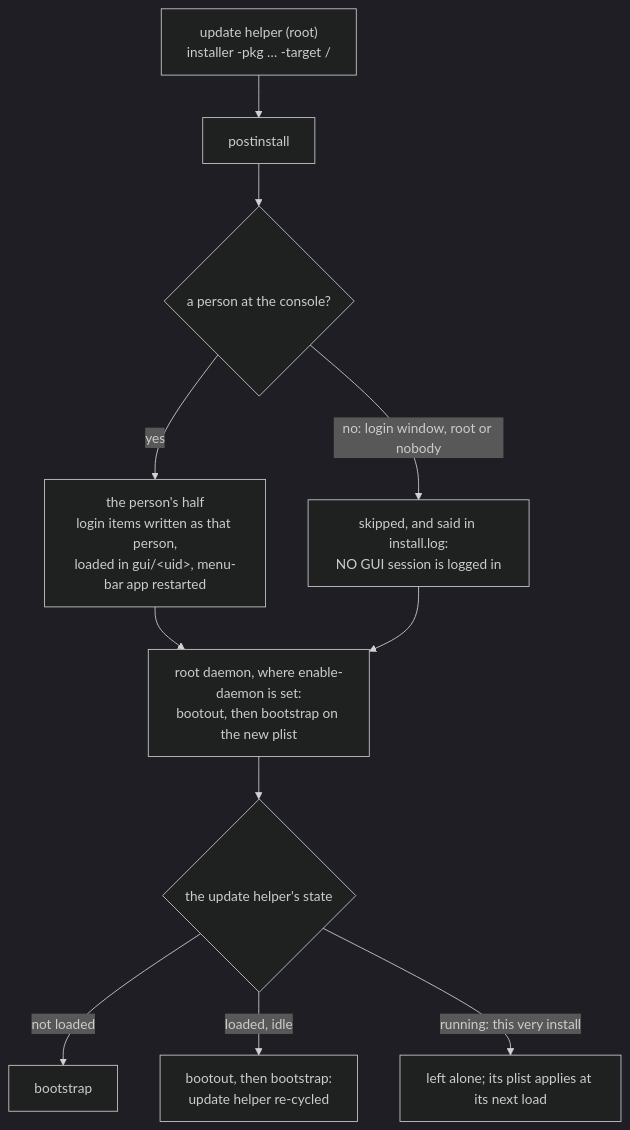
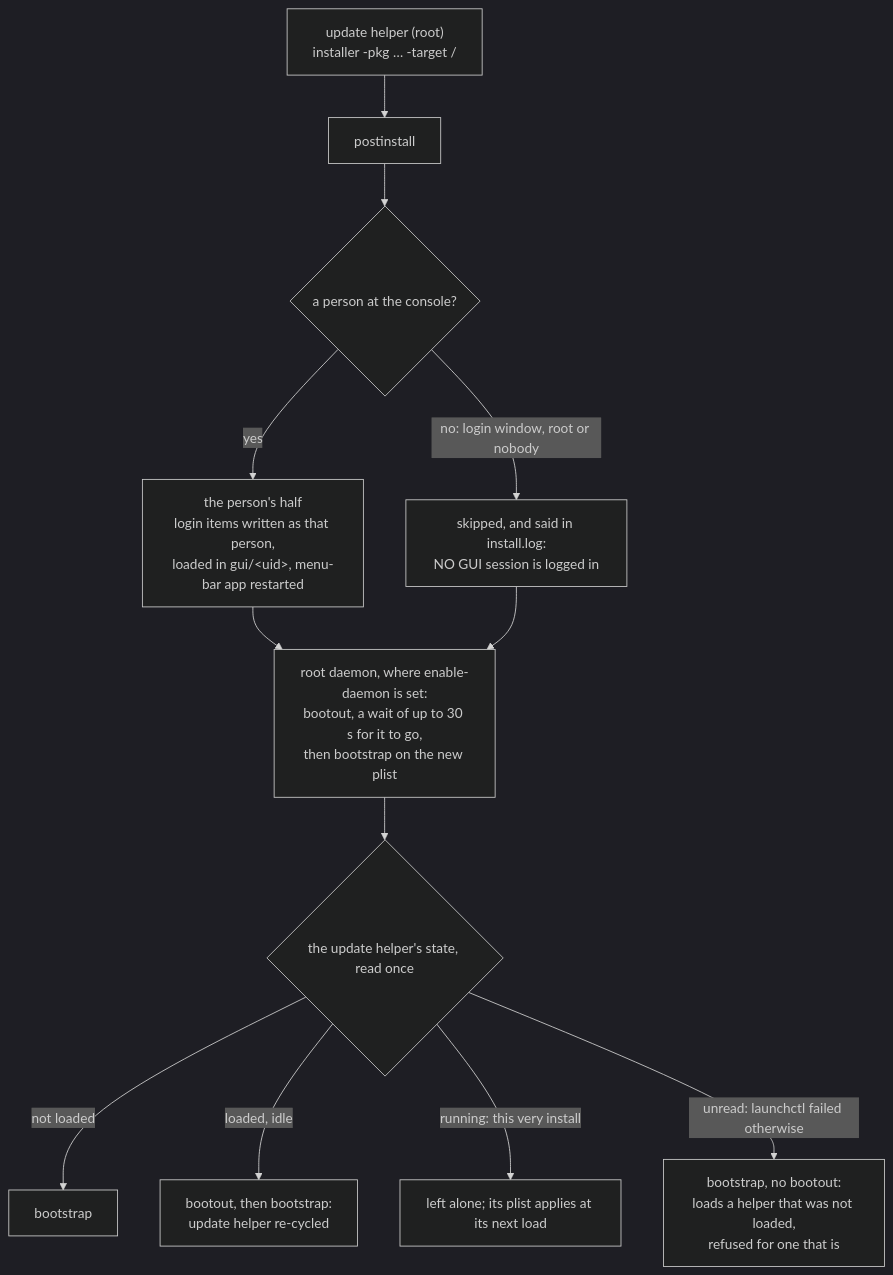
Before and after one commit to gjovanov/roomler-ai: diagram 21 of 22 in docs/installation.md, drawn with Mermaid (dark theme). The commit also changed other lines of this file and 12 other files, not shown here.

````diff
--- a/docs/installation.md
+++ b/docs/installation.md
@@ -2737,13 +2737,14 @@
 ```mermaid
 flowchart TD
     H["update helper (root)<br/>installer -pkg … -target /"] --> P["postinstall"]
     P --> C{"a person at the console?"}
     C -- yes --> S["the person's half<br/>login items written as that person,<br/>loaded in gui/&lt;uid&gt;, menu-bar app restarted"]
     C -- "no: login window, root or nobody" --> N["skipped, and said in install.log:<br/>NO GUI session is logged in"]
-    S --> D["root daemon, where enable-daemon is set:<br/>bootout, then bootstrap on the new plist"]
+    S --> D["root daemon, where enable-daemon is set:<br/>bootout, a wait of up to 30 s for it to go,<br/>then bootstrap on the new plist"]
     N --> D
-    D --> U{"the update helper's state"}
+    D --> U{"the update helper's state, read once"}
     U -- "not loaded" --> B["bootstrap"]
     U -- "loaded, idle" --> R["bootout, then bootstrap:<br/>update helper re-cycled"]
     U -- "running: this very install" --> L["left alone; its plist applies at its next load"]
+    U -- "unread: launchctl failed otherwise" --> X["bootstrap, no bootout:<br/>loads a helper that was not loaded,<br/>refused for one that is"]
 ```
````
